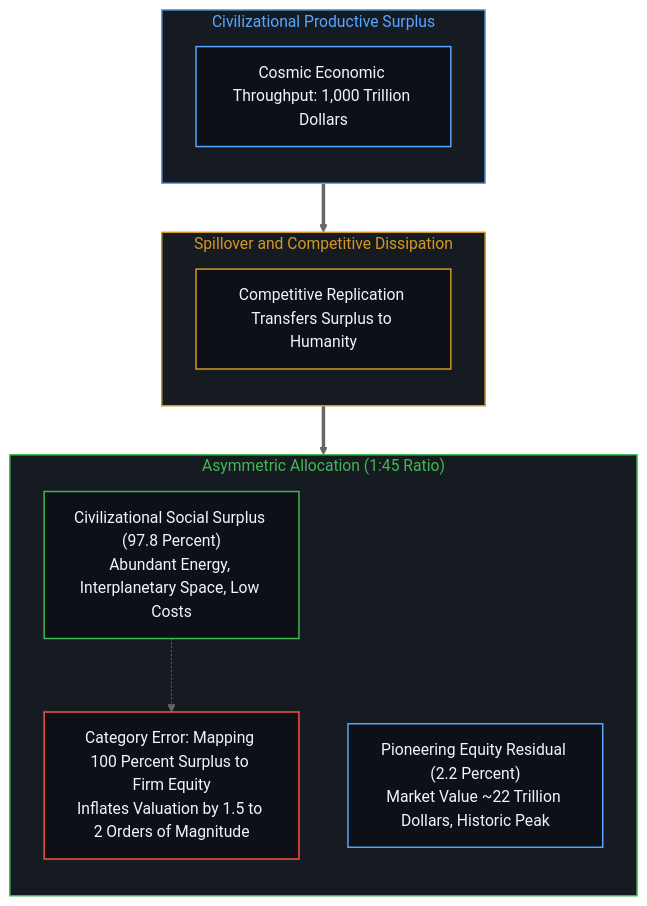
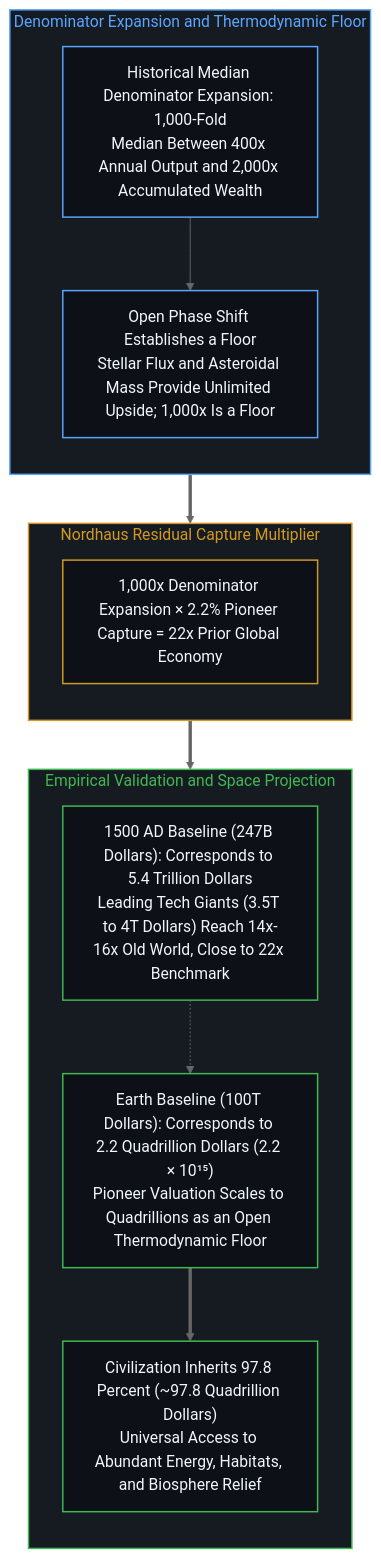
One commit to powerpig99/not-a-toe changed the eighth of 14 diagrams in content/posts/beyond-the-hundred-trillion-horizon.md. Above: the diagram before and after it, drawn with Mermaid (neutral theme). The commit also changed other lines of this file and 4 other files, not shown here.

Commit message:
Refine Post #381: Calibrate 1000x denominator floor, 22x valuation multiplier, and under-50-year horizon

````diff
--- a/content/posts/beyond-the-hundred-trillion-horizon.md
+++ b/content/posts/beyond-the-hundred-trillion-horizon.md
@@ -309,33 +316,36 @@
 ```mermaid
 flowchart TD
     classDef default fill:#0d1117,stroke:#30363d,stroke-width:1px,color:#f0f6fc;
     classDef mind fill:#0d1117,stroke:#3fb950,stroke-width:1.5px,color:#f0f6fc;
     classDef warn fill:#0d1117,stroke:#d29922,stroke-width:1.5px,color:#f0f6fc;
     classDef fail fill:#0d1117,stroke:#f85149,stroke-width:1.5px,color:#f0f6fc;
     classDef model fill:#0d1117,stroke:#58a6ff,stroke-width:1.5px,color:#f0f6fc;
 
-    subgraph S_TOTAL_EN ["Civilizational Productive Surplus"]
+    subgraph S_DENOM_EN ["Denominator Expansion and Thermodynamic Floor"]
         direction TB
-        COSMIC_SURPLUS["Cosmic Economic Throughput: 1,000 Trillion Dollars"]:::model
+        MEDIAN["Historical Median Denominator Expansion: 1,000-Fold<br/>Median Between 400x Annual Output and 2,000x Accumulated Wealth"]:::model
+        FLOOR["Open Phase Shift Establishes a Floor<br/>Stellar Flux and Asteroidal Mass Provide Unlimited Upside; 1,000x Is a Floor"]:::model
+        MEDIAN --> FLOOR
     end
 
-    subgraph S_DIFFUSE_EN ["Spillover and Competitive Dissipation"]
+    subgraph S_FORMULA_EN ["Nordhaus Residual Capture Multiplier"]
         direction TB
-        DISSIPATE["Competitive Replication Transfers Surplus to Humanity"]:::warn
+        CALC["1,000x Denominator Expansion × 2.2% Pioneer Capture = 22x Prior Global Economy"]:::warn
     end
 
-    subgraph S_SHARES_EN ["Asymmetric Allocation (1:45 Ratio)"]
+    subgraph S_MAPPING_EN ["Empirical Validation and Space Projection"]
         direction TB
-        PUBLIC_DIVIDEND["Civilizational Social Surplus (97.8 Percent)<br/>Abundant Energy, Interplanetary Space, Low Costs"]:::mind
-        PRIVATE_EQUITY["Pioneering Equity Residual (2.2 Percent)<br/>Market Value ~22 Trillion Dollars, Historic Peak"]:::model
-        MISMATCH["Category Error: Mapping 100 Percent Surplus to Firm Equity<br/>Inflates Valuation by 1.5 to 2 Orders of Magnitude"]:::fail
-        PUBLIC_DIVIDEND -.-> MISMATCH
+        HIST_VAL["1500 AD Baseline (247B Dollars): Corresponds to 5.4 Trillion Dollars<br/>Leading Tech Giants (3.5T to 4T Dollars) Reach 14x-16x Old World, Close to 22x Benchmark"]:::mind
+        SPACE_VAL["Earth Baseline (100T Dollars): Corresponds to 2.2 Quadrillion Dollars (2.2 × 10¹⁵)<br/>Pioneer Valuation Scales to Quadrillions as an Open Thermodynamic Floor"]:::mind
+        SURPLUS["Civilization Inherits 97.8 Percent (~97.8 Quadrillion Dollars)<br/>Universal Access to Abundant Energy, Habitats, and Biosphere Relief"]:::mind
+        HIST_VAL -.-> SPACE_VAL
+        SPACE_VAL ==> SURPLUS
     end
 
-    S_TOTAL_EN ==> S_DIFFUSE_EN
-    S_DIFFUSE_EN ==> S_SHARES_EN
+    S_DENOM_EN ==> S_FORMULA_EN
+    S_FORMULA_EN ==> S_MAPPING_EN
 
-    style S_TOTAL_EN fill:#161b22,stroke:#58a6ff,stroke-width:1.5px,color:#58a6ff
-    style S_DIFFUSE_EN fill:#161b22,stroke:#d29922,stroke-width:1.5px,color:#d29922
-    style S_SHARES_EN fill:#161b22,stroke:#3fb950,stroke-width:1.5px,color:#3fb950
+    style S_DENOM_EN fill:#161b22,stroke:#58a6ff,stroke-width:1.5px,color:#58a6ff
+    style S_FORMULA_EN fill:#161b22,stroke:#d29922,stroke-width:1.5px,color:#d29922
+    style S_MAPPING_EN fill:#161b22,stroke:#3fb950,stroke-width:1.5px,color:#3fb950
 ```
````
